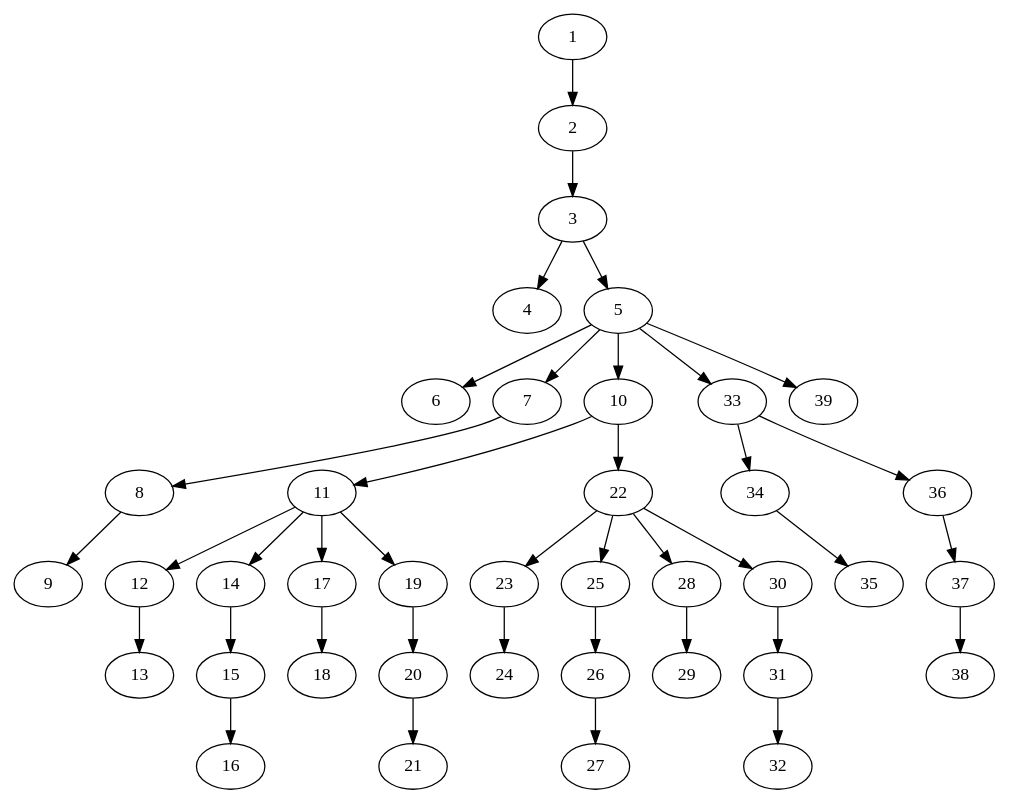
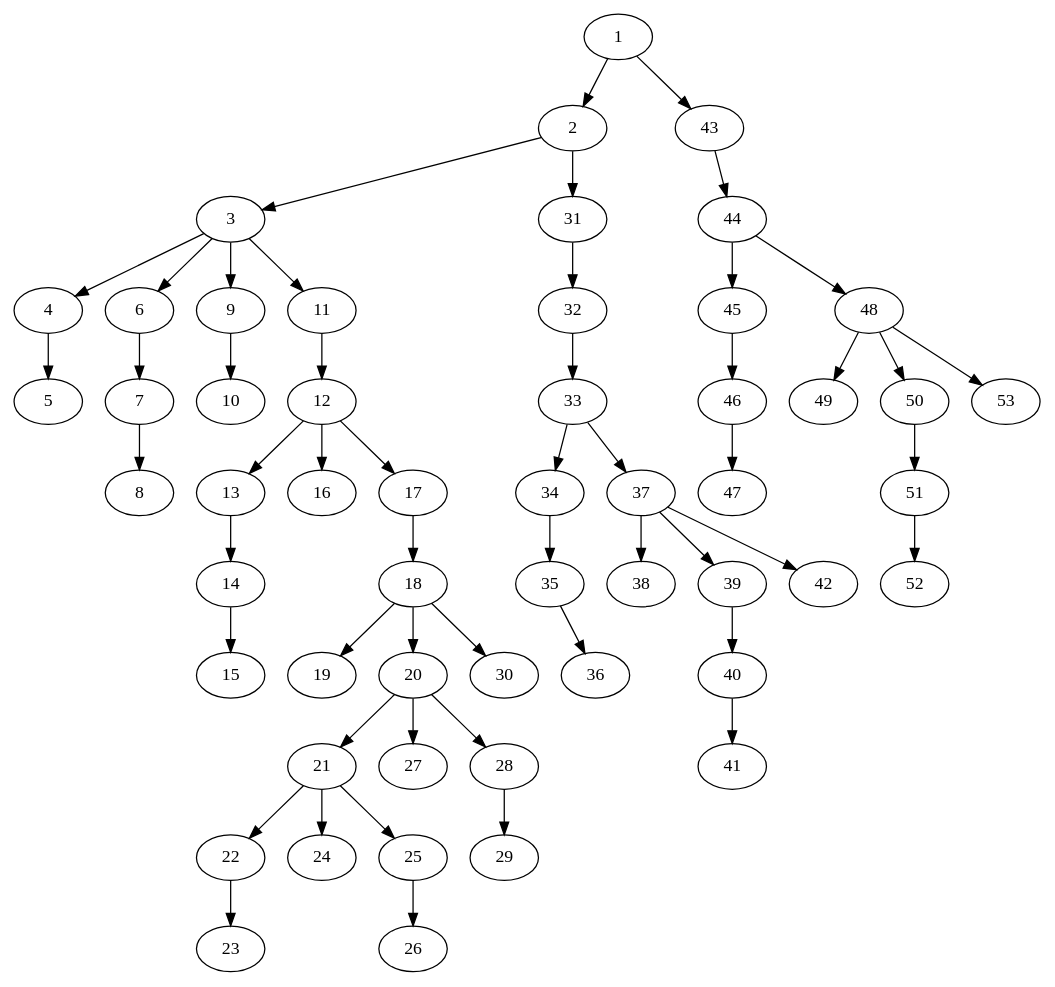
Before and after one commit to Ajax12345/caspian-lang: the diagram in caspian/src/ast_stuff.dot, drawn with Graphviz. The commit also changed 5 other files, not shown here.

```diff
--- a/caspian/src/ast_stuff.dot
+++ b/caspian/src/ast_stuff.dot
@@ -1,40 +1,54 @@
 strict digraph "" {
 	1 -> 2;
+	1 -> 43;
 	2 -> 3;
+	2 -> 31;
 	3 -> 4;
-	3 -> 5;
-	5 -> 6;
-	5 -> 7;
-	5 -> 10;
-	5 -> 33;
-	5 -> 39;
+	3 -> 6;
+	3 -> 9;
+	3 -> 11;
+	4 -> 5;
+	6 -> 7;
 	7 -> 8;
-	8 -> 9;
-	10 -> 11;
-	10 -> 22;
+	9 -> 10;
 	11 -> 12;
-	11 -> 14;
-	11 -> 17;
-	11 -> 19;
 	12 -> 13;
+	12 -> 16;
+	12 -> 17;
+	13 -> 14;
 	14 -> 15;
-	15 -> 16;
 	17 -> 18;
-	19 -> 20;
+	18 -> 19;
+	18 -> 20;
+	18 -> 30;
 	20 -> 21;
+	20 -> 27;
+	20 -> 28;
+	21 -> 22;
+	21 -> 24;
+	21 -> 25;
 	22 -> 23;
-	22 -> 25;
-	22 -> 28;
-	22 -> 30;
-	23 -> 24;
 	25 -> 26;
-	26 -> 27;
 	28 -> 29;
-	30 -> 31;
 	31 -> 32;
+	32 -> 33;
 	33 -> 34;
-	33 -> 36;
+	33 -> 37;
 	34 -> 35;
-	36 -> 37;
+	35 -> 36;
 	37 -> 38;
+	37 -> 39;
+	37 -> 42;
+	39 -> 40;
+	40 -> 41;
+	43 -> 44;
+	44 -> 45;
+	44 -> 48;
+	45 -> 46;
+	46 -> 47;
+	48 -> 49;
+	48 -> 50;
+	48 -> 53;
+	50 -> 51;
+	51 -> 52;
 }
```
